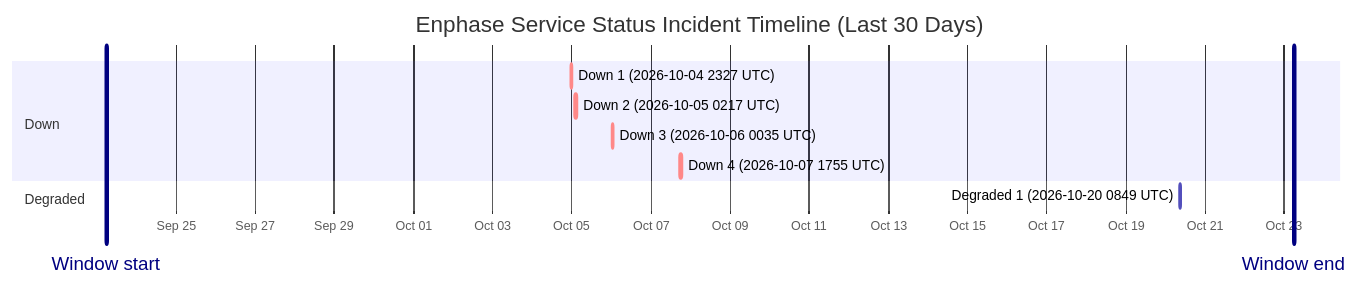
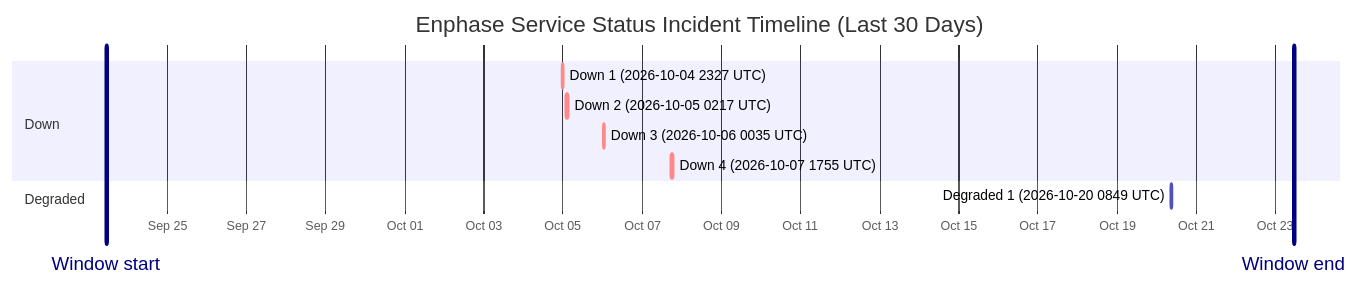
The diagram in wiki/Service-Status-History.md (barneyonline/ha-enphase-energy), drawn with Mermaid before and after one commit. The commit also changed other lines of this file and 3 other files, not shown here.

````diff
--- a/wiki/Service-Status-History.md
+++ b/wiki/Service-Status-History.md
@@ -14,15 +14,15 @@
 ```mermaid
 gantt
     title Enphase Service Status Incident Timeline (Last 30 Days)
     dateFormat  YYYY-MM-DDTHH:mm:ss
     axisFormat  %b %d
-    Window start :vert, window-start, 2026-09-23T05:44:17, 0ms
-    Window end :vert, window-end, 2026-10-23T05:44:17, 0ms
+    Window start :vert, window-start, 2026-09-23T11:02:28, 0ms
+    Window end :vert, window-end, 2026-10-23T11:02:28, 0ms
     section Down
     Down 1 (2026-10-04 2327 UTC) :crit, down-1, 2026-10-04T23:27:34, 60m
     Down 2 (2026-10-05 0217 UTC) :crit, down-2, 2026-10-05T02:17:30, 60m
     Down 3 (2026-10-06 0035 UTC) :crit, down-3, 2026-10-06T00:35:21, 60m
     Down 4 (2026-10-07 1755 UTC) :crit, down-4, 2026-10-07T17:55:16, 60m
     section Degraded
     Degraded 1 (2026-10-20 0849 UTC) :active, degraded-1, 2026-10-20T08:49:49, 60m
 ```
````
